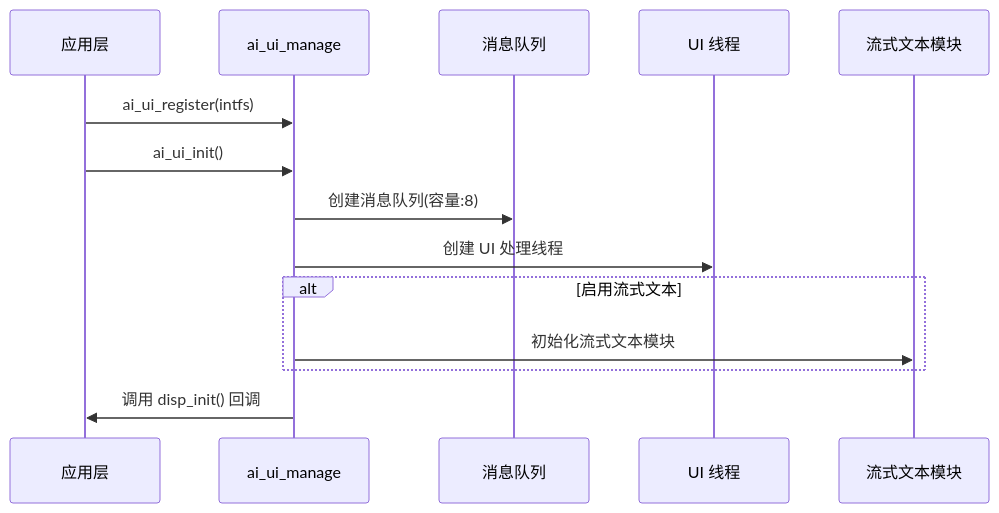
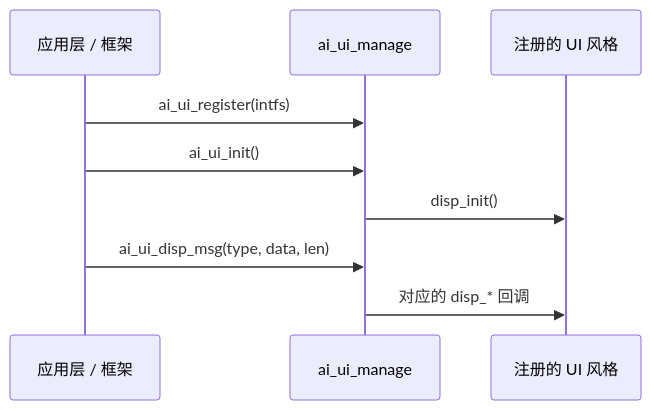
One commit to Tuya-Community/TuyaOpen.io changed the diagram in i18n/zh/docusaurus-plugin-content-docs/current/cloud/device-ai/ai-components/ai-ui-manage.md. Above: the diagram before and after it, drawn with Mermaid. The commit also changed other lines of this file and 365 other files, not shown here.

````diff
--- a/i18n/zh/docusaurus-plugin-content-docs/current/cloud/device-ai/ai-components/ai-ui-manage.md
+++ b/i18n/zh/docusaurus-plugin-content-docs/current/cloud/device-ai/ai-components/ai-ui-manage.md
@@ -28,17 +13,11 @@
 ```mermaid
 sequenceDiagram
-    participant App as 应用层
+    participant App as 应用层 / 框架
     participant UI as ai_ui_manage
-    participant Queue as 消息队列
-    participant Thread as UI 线程
-    participant Stream as 流式文本模块
-    
+    participant Style as 注册的 UI 风格
     App->>UI: ai_ui_register(intfs)
     App->>UI: ai_ui_init()
-    UI->>Queue: 创建消息队列(容量:8)
-    UI->>Thread: 创建 UI 处理线程
-    alt 启用流式文本
-        UI->>Stream: 初始化流式文本模块
-    end
-    UI->>App: 调用 disp_init() 回调
+    UI->>Style: disp_init()
+    App->>UI: ai_ui_disp_msg(type, data, len)
+    UI->>Style: 对应的 disp_* 回调
 ```
````
